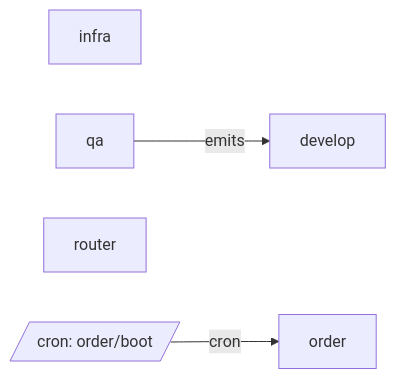
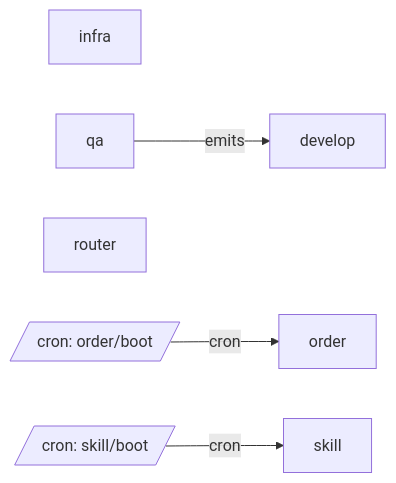
The diagram in .decree/system.md (jtmckay/decree), drawn with Mermaid before and after one commit. The commit also changed other lines of this file and 43 other files, not shown here.

````diff
--- a/.decree/system.md
+++ b/.decree/system.md
@@ -11,11 +12,14 @@
 ```mermaid
 flowchart LR
     develop["develop"]
     infra["infra"]
     order["order"]
     qa["qa"]
     router["router"]
+    skill["skill"]
     cron__order_boot[/"cron: order/boot"/]
+    cron__skill_boot[/"cron: skill/boot"/]
     cron__order_boot -->|cron| order
+    cron__skill_boot -->|cron| skill
     qa -->|emits| develop
 ```
````
